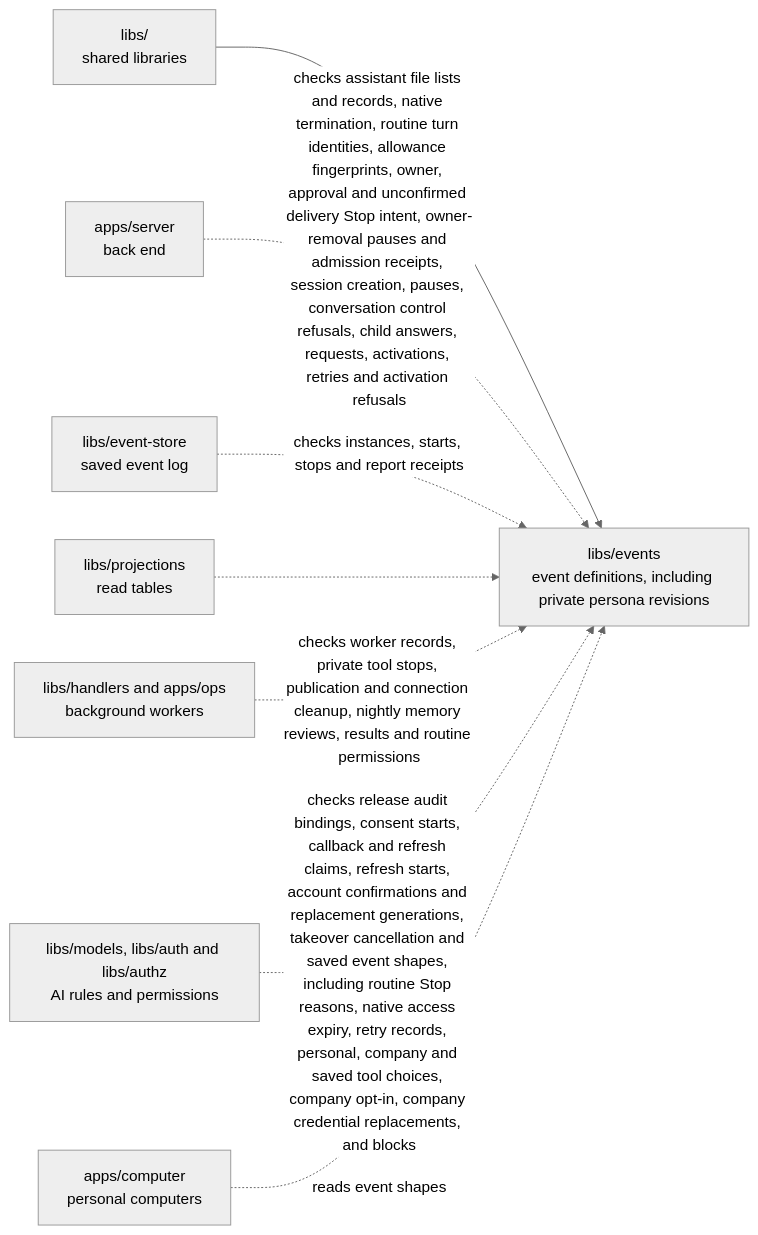
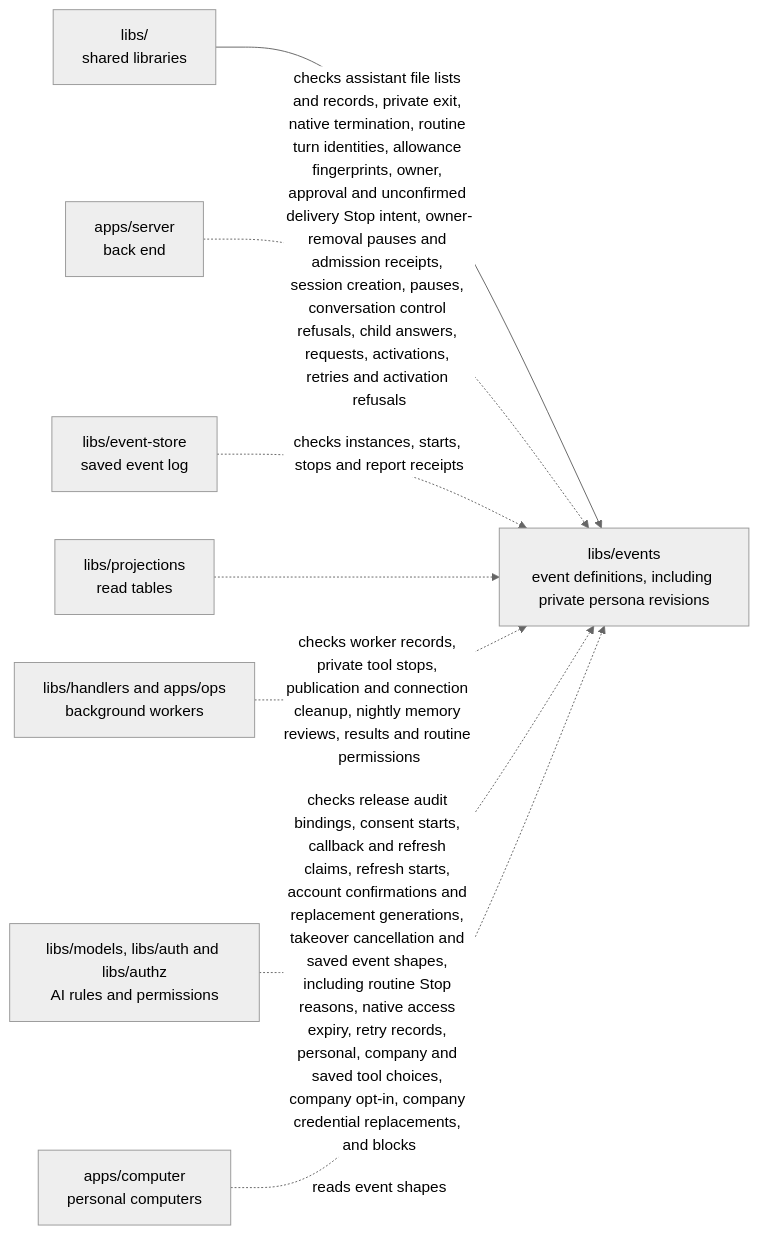
One commit to elewa-git/opencrane-new changed the diagram in libs/events/README.md. Above: the diagram before and after it, drawn with Mermaid (neutral theme). The commit also changed other lines of this file and 30 other files, not shown here.

Commit message:
🧹 Reconcile closed private turns after process exit

````diff
--- a/libs/events/README.md
+++ b/libs/events/README.md
@@ -49,10 +51,10 @@
 ```mermaid
 flowchart LR
   parent["libs/<br/>shared libraries"] --> events["libs/events<br/>event definitions, including private persona revisions"]
-  server["apps/server<br/>back end"] -.->|checks assistant file lists and records, native termination, routine turn identities, allowance fingerprints, owner, approval and unconfirmed delivery Stop intent, owner-removal pauses and admission receipts, session creation, pauses, conversation control refusals, child answers, requests, activations, retries and activation refusals| events
+  server["apps/server<br/>back end"] -.->|checks assistant file lists and records, private exit, native termination, routine turn identities, allowance fingerprints, owner, approval and unconfirmed delivery Stop intent, owner-removal pauses and admission receipts, session creation, pauses, conversation control refusals, child answers, requests, activations, retries and activation refusals| events
   store["libs/event-store<br/>saved event log"] -.->|checks instances, starts, stops and report receipts| events
   projections["libs/projections<br/>read tables"] -.-> events
   workers["libs/handlers and apps/ops<br/>background workers"] -.->|checks worker records, private tool stops, publication and connection cleanup, nightly memory reviews, results and routine permissions| events
   models["libs/models, libs/auth and libs/authz<br/>AI rules and permissions"] -.->|checks release audit bindings, consent starts, callback and refresh claims, refresh starts, account confirmations and replacement generations, takeover cancellation and saved event shapes, including routine Stop reasons, native access expiry, retry records, personal, company and saved tool choices, company opt-in, company credential replacements, and blocks| events
   computer["apps/computer<br/>personal computers"] -.->|reads event shapes| events
 ```
````
